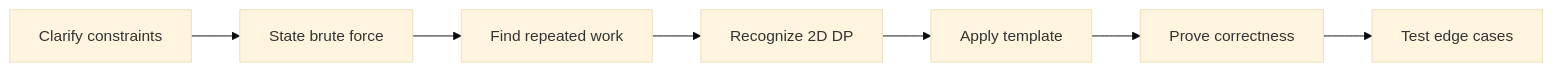
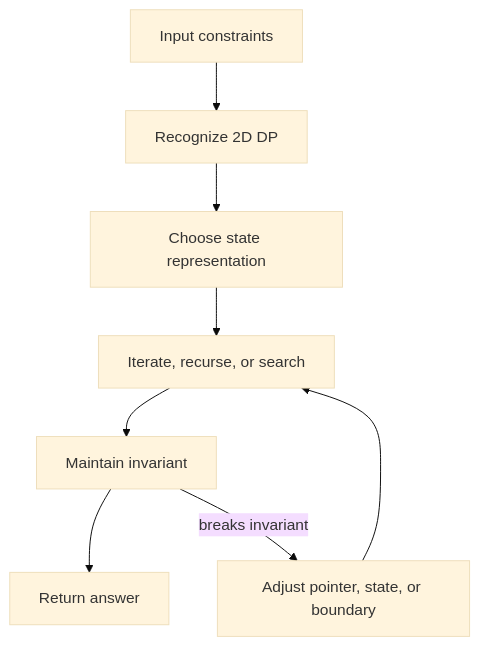
The second of 2 diagrams in coding-round/patterns/dynamic-programming-track/2d-dp/index.md (abstractinterviews/abstractinterviews.github.io), drawn with Mermaid (base theme) before and after one commit. The commit also changed other lines of this file and 278 other files, not shown here.

````diff
--- a/coding-round/patterns/dynamic-programming-track/2d-dp/index.md
+++ b/coding-round/patterns/dynamic-programming-track/2d-dp/index.md
@@ -123,9 +121,10 @@
-~~~mermaid
-flowchart LR
-    A["Clarify constraints"] --> B["State brute force"]
-    B --> C["Find repeated work"]
-    C --> D["Recognize 2D DP"]
-    D --> E["Apply template"]
-    E --> F["Prove correctness"]
-    F --> G["Test edge cases"]
-~~~
+```mermaid
+flowchart TD
+    Input["Input constraints"] --> Pattern["Recognize 2D DP"]
+    Pattern --> State["Choose state representation"]
+    State --> Iterate["Iterate, recurse, or search"]
+    Iterate --> Check["Maintain invariant"]
+    Check --> Result["Return answer"]
+    Check -->|breaks invariant| Fix["Adjust pointer, state, or boundary"]
+    Fix --> Iterate
+```
````
